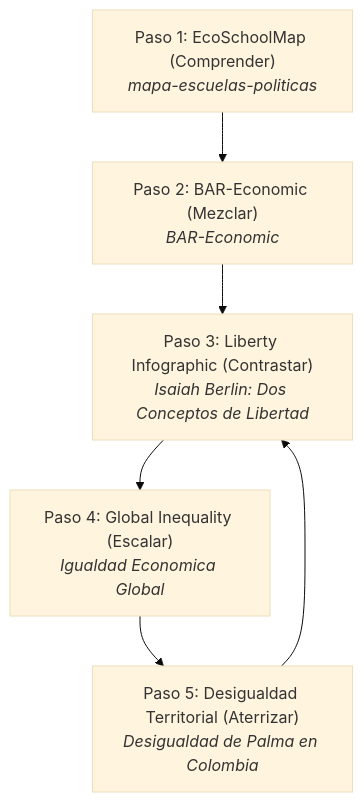
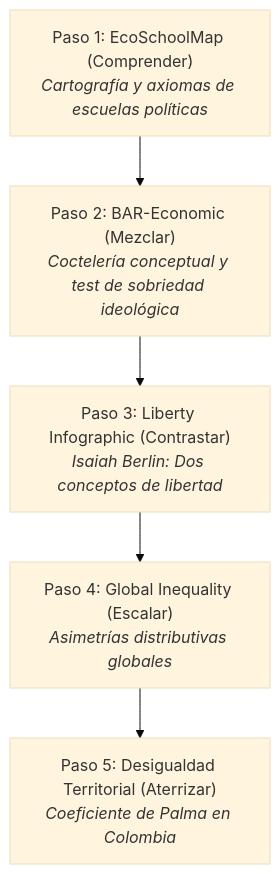
The first of 2 diagrams in README.md (willkwolf/economic-bar), drawn with Mermaid (base theme) before and after one commit. The commit also changed other lines of this file and 24 other files, not shown here.

````diff
--- a/README.md
+++ b/README.md
@@ -41,8 +57,7 @@
 ```mermaid
 graph TD
-    A["Paso 1: EcoSchoolMap (Comprender)<br><i>mapa-escuelas-politicas</i>"] --> B["Paso 2: BAR-Economic (Mezclar)<br><i>BAR-Economic</i>"]
-    B --> C["Paso 3: Liberty Infographic (Contrastar)<br><i>Isaiah Berlin: Dos Conceptos de Libertad</i>"]
-    C --> D["Paso 4: Global Inequality (Escalar)<br><i>Igualdad Economica Global</i>"]
-    D --> E["Paso 5: Desigualdad Territorial (Aterrizar)<br><i>Desigualdad de Palma en Colombia</i>"]
-    E --> C
+    A["Paso 1: EcoSchoolMap (Comprender)<br><i>Cartografía y axiomas de escuelas políticas</i>"] --> B["Paso 2: BAR-Economic (Mezclar)<br><i>Coctelería conceptual y test de sobriedad ideológica</i>"]
+    B --> C["Paso 3: Liberty Infographic (Contrastar)<br><i>Isaiah Berlin: Dos conceptos de libertad</i>"]
+    C --> D["Paso 4: Global Inequality (Escalar)<br><i>Asimetrías distributivas globales</i>"]
+    D --> E["Paso 5: Desigualdad Territorial (Aterrizar)<br><i>Coeficiente de Palma en Colombia</i>"]
 ```
````
